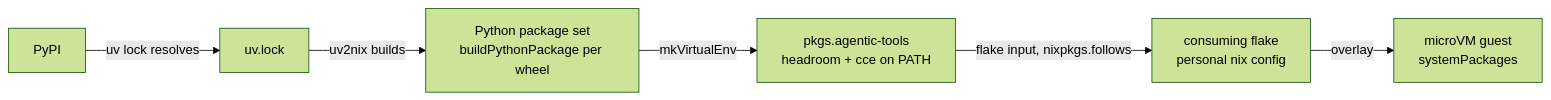
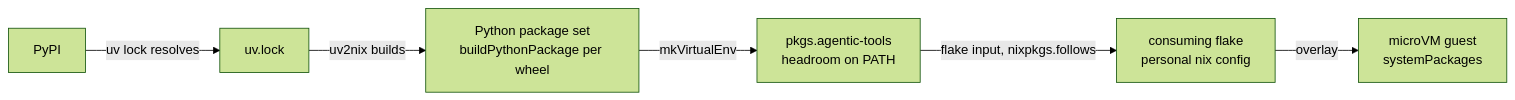
The diagram in docs/overview.md (Teebor-Choka/agent-env), drawn with Mermaid (forest theme) before and after one commit. The commit also changed other lines of this file and 10 other files, not shown here.

````diff
--- a/docs/overview.md
+++ b/docs/overview.md
@@ -52,8 +51,8 @@
 ```mermaid
 flowchart LR
     pypi[PyPI] -->|uv lock resolves| lock[uv.lock]
     lock -->|uv2nix builds| pyset[Python package set<br/>buildPythonPackage per wheel]
-    pyset -->|mkVirtualEnv| tools[pkgs.agentic-tools<br/>headroom + cce on PATH]
+    pyset -->|mkVirtualEnv| tools[pkgs.agentic-tools<br/>headroom on PATH]
     tools -->|flake input, nixpkgs.follows| consumer[consuming flake<br/>personal nix config]
     consumer -->|overlay| guest[microVM guest<br/>systemPackages]
 ```
````
